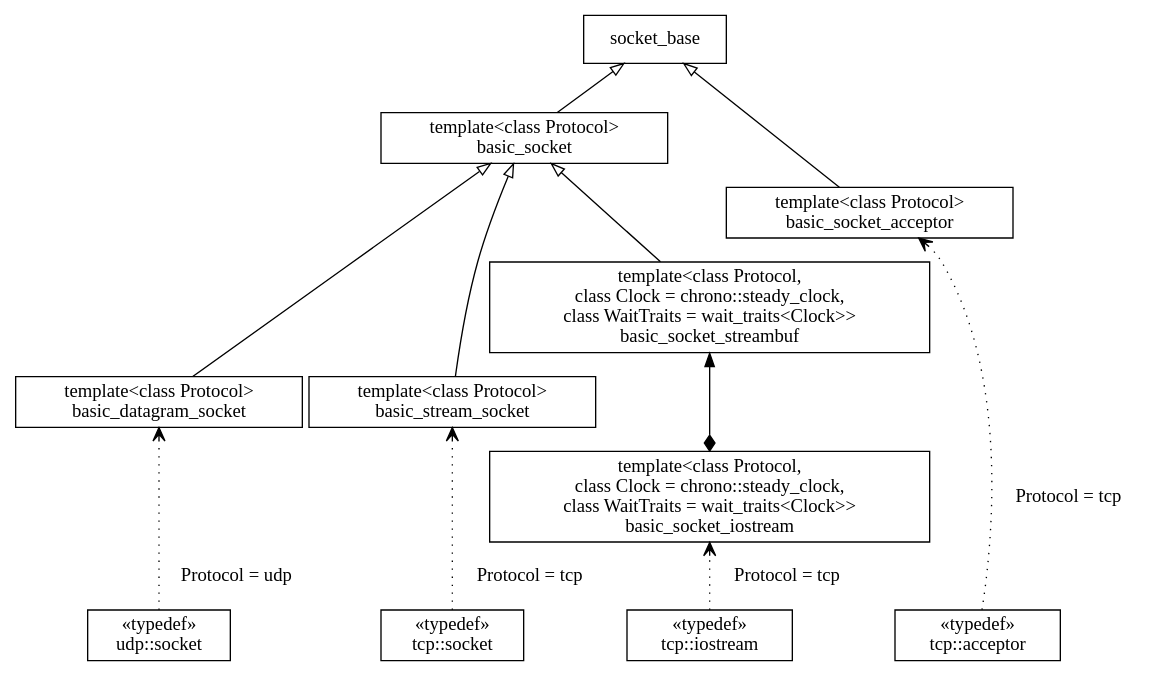
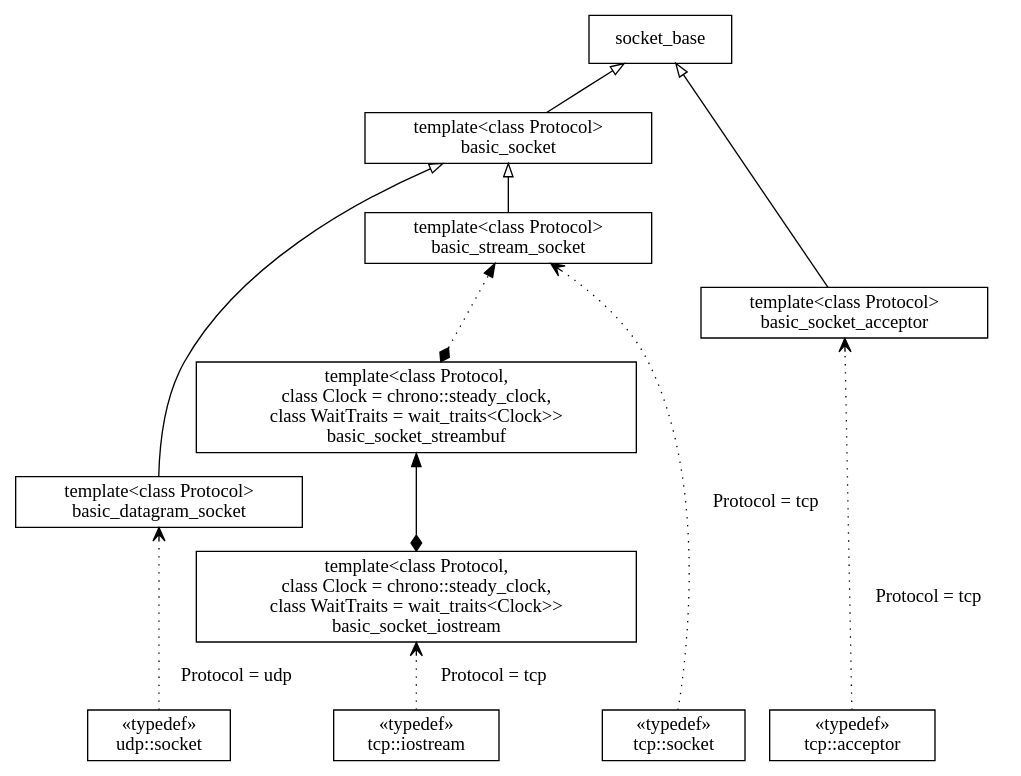
Before and after one commit to chriskohlhoff/asio-tr2: the diagram in doc/sockets.gv, drawn with Graphviz. The commit also changed 2 other files, not shown here.

Commit message:
Update socket iostream classes to work with new move-based acceptor.

```diff
--- a/doc/sockets.gv
+++ b/doc/sockets.gv
@@ -1,79 +1,83 @@
 digraph G {
   rankdir = "BT";
 
   node [
     shape = "box";
     fontname = "Consolas";
     labeljust = "l";
   ];
 
   socket_base [
     label = "socket_base"
   ];
 
   basic_socket [
     label = "template<class Protocol>\nbasic_socket"
   ];
 
   basic_datagram_socket [
     label = "template<class Protocol>\nbasic_datagram_socket"
   ];
 
   basic_stream_socket [
     label = "template<class Protocol>\nbasic_stream_socket"
   ];
 
   basic_socket_acceptor [
     label = "template<class Protocol>\nbasic_socket_acceptor"
   ];
 
   basic_socket_streambuf [
     label = "template<class Protocol,\nclass Clock = chrono::steady_clock,\nclass WaitTraits = wait_traits<Clock>>\nbasic_socket_streambuf"
   ];
 
   basic_socket_iostream [
     label = "template<class Protocol,\nclass Clock = chrono::steady_clock,\nclass WaitTraits = wait_traits<Clock>>\nbasic_socket_iostream"
   ];
 
   subgraph T {
     rank = "same";
 
     udp_socket [
       label = "&laquo;typedef&raquo;\nudp::socket"
     ];
 
     tcp_socket [
       label = "&laquo;typedef&raquo;\ntcp::socket"
     ];
 
     tcp_acceptor [
       label = "&laquo;typedef&raquo;\ntcp::acceptor"
     ];
 
     tcp_iostream [
       label = "&laquo;typedef&raquo;\ntcp::iostream"
     ];
   }
 
   {
     edge [ arrowhead = "onormal" ];
     basic_socket -> socket_base;
     basic_socket_acceptor -> socket_base;
     basic_stream_socket -> basic_socket;
     basic_datagram_socket -> basic_socket;
-    basic_socket_streambuf -> basic_socket;
   }
 
   {
     edge [ arrowtail = "diamond", dir = "both" ];
     basic_socket_iostream -> basic_socket_streambuf;
+  }
+
+  {
+    edge [ arrowtail = "diamond", style="dotted", dir = "both" ];
+    basic_socket_streambuf -> basic_stream_socket;
   }
 
   {
     edge [ arrowhead = "open", style = "dotted", fontname = "Consolas" ];
     tcp_socket -> basic_stream_socket [ label = "Protocol = tcp" ];
     tcp_acceptor -> basic_socket_acceptor [ label = "Protocol = tcp" ];
     tcp_iostream -> basic_socket_iostream [ label = "Protocol = tcp" ];
     udp_socket -> basic_datagram_socket [ label = "Protocol = udp" ];
   }
 }
```
